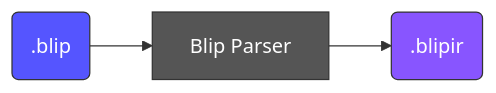
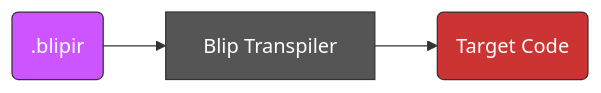
The third of 3 diagrams in docs/design_ecosystem.md (psysrc/blip), drawn with Mermaid before and after one commit. The commit also changed other lines of this file, not shown here.

````diff
--- a/docs/design_ecosystem.md
+++ b/docs/design_ecosystem.md
@@ -60,13 +66,12 @@
 ```mermaid
 flowchart LR
-    blip(.blip)
     blipir(.blipir)
-    parser[Blip Parser]
+    t(Target Code)
+    transpiler[Blip Transpiler]
 
-    blip --> parser
-    parser --> blipir
+    blipir --> transpiler --> t
 
-    style blip fill:#55f,color:#fff,stroke:#333
-    style blipir fill:#85f,color:#fff,stroke:#333
-    style parser fill:#555,color:#fff,stroke:#333
+    style blipir fill:#c5f,color:#fff,stroke:#333
+    style transpiler fill:#555,color:#fff,stroke:#333
+    style t fill:#c33,color:#fff,stroke:#333
 ```
````
